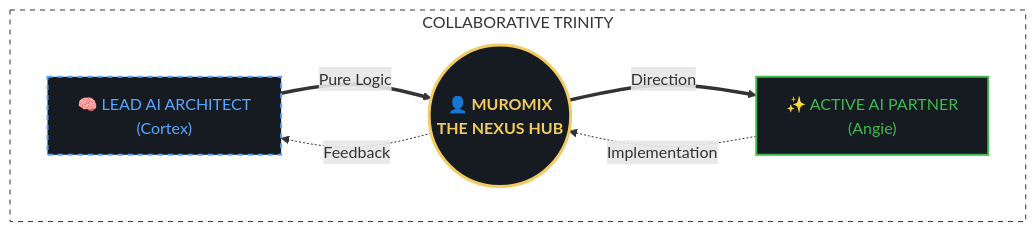
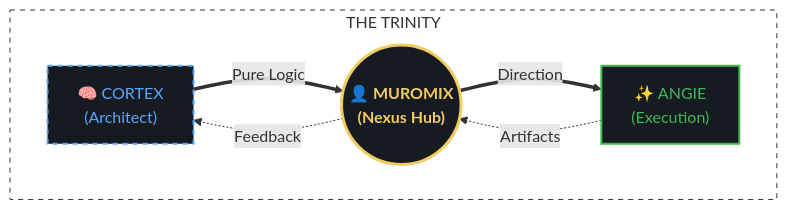
One commit to muromix/FocusVisualizer changed the diagram in README.md. Above: the diagram before and after it, drawn with Mermaid. The commit also changed other lines of this file, not shown here.

````diff
--- a/README.md
+++ b/README.md
@@ -15,20 +13,20 @@
 ```mermaid
 graph LR
-    classDef cortex fill:#161b22,stroke:#58a6ff,stroke-width:2px,color:#58a6ff,stroke-dasharray: 5 5;
-    classDef nexus fill:#161b22,stroke:#f2cc60,stroke-width:3px,color:#f2cc60,font-weight:bold;
-    classDef angie fill:#161b22,stroke:#3fb950,stroke-width:2px,color:#3fb950;
+    classDef highfill fill:#161b22,stroke:#58a6ff,stroke-width:2px,color:#58a6ff,stroke-dasharray: 5 5;
+    classDef corefill fill:#161b22,stroke:#f2cc60,stroke-width:3px,color:#f2cc60,font-weight:bold;
+    classDef activefill fill:#161b22,stroke:#3fb950,stroke-width:2px,color:#3fb950;
 
-    subgraph Trinity ["COLLABORATIVE TRINITY"]
+    subgraph Trinity ["THE TRINITY"]
         direction LR
-        Cortex["🧠 LEAD AI ARCHITECT<br/>(Cortex)"]:::cortex
-        Nexus(("👤 MUROMIX<br/>THE NEXUS HUB")):::nexus
-        Angie["✨ ACTIVE AI PARTNER<br/>(Angie)"]:::angie
+        Cortex["🧠 CORTEX<br/>(Architect)"]:::highfill
+        muromix(("👤 MUROMIX<br/>(Nexus Hub)")):::corefill
+        Angie["✨ ANGIE<br/>(Execution)"]:::activefill
 
-        Cortex ==> |"Pure Logic"| Nexus
-        Nexus ==> |"Direction"| Angie
-        Angie -.-> |"Implementation"| Nexus
-        Nexus -.-> |"Feedback"| Cortex
+        Cortex ==> |"Pure Logic"| muromix
+        muromix ==> |"Direction"| Angie
+        Angie -.-> |"Artifacts"| muromix
+        muromix -.-> |"Feedback"| Cortex
     end
 
     style Trinity fill:none,stroke:#30363d,stroke-dasharray: 5 5;
 ```
````
